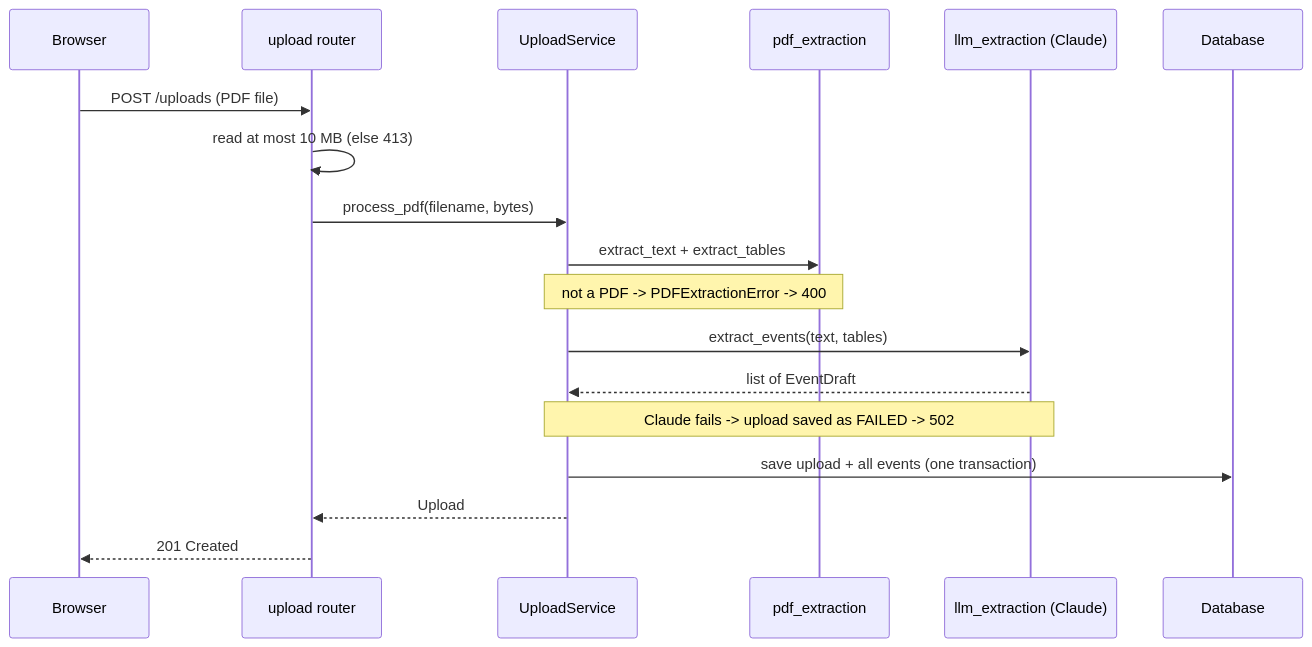
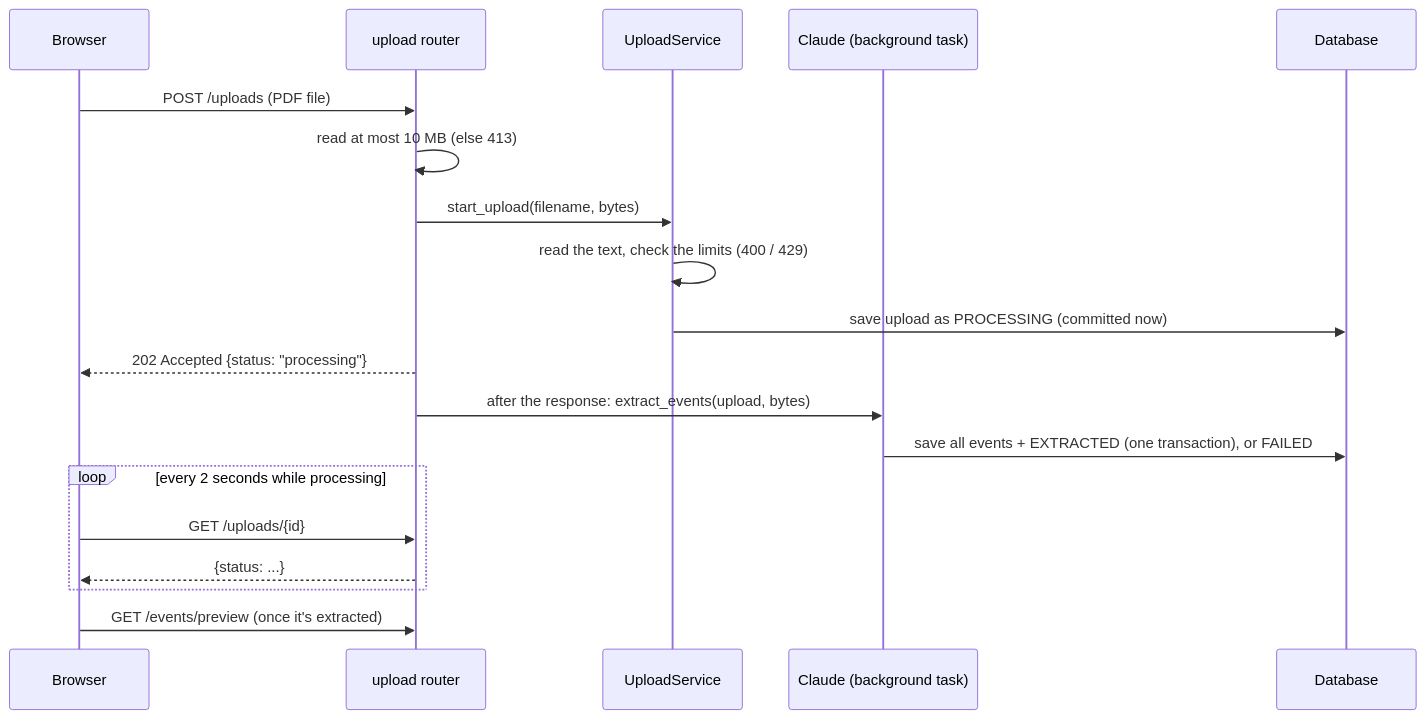
One commit to liam-shah/Syllabus2Cal changed the third of 7 diagrams in ARCHITECTURE.md. Above: the diagram before and after it, drawn with Mermaid. The commit also changed other lines of this file and 20 other files, not shown here.

Commit message:
Extract events in a background task and poll for the result. Parrallel upload bug patched. Cannot bypass dailyt limit anymore.

````diff
--- a/ARCHITECTURE.md
+++ b/ARCHITECTURE.md
@@ -204,20 +212,21 @@
 ```mermaid
 sequenceDiagram
     participant B as Browser
     participant R as upload router
     participant S as UploadService
-    participant P as pdf_extraction
-    participant C as llm_extraction (Claude)
+    participant C as Claude (background task)
     participant D as Database
     B->>R: POST /uploads (PDF file)
     R->>R: read at most 10 MB (else 413)
-    R->>S: process_pdf(filename, bytes)
-    S->>P: extract_text + extract_tables
-    Note over S,P: not a PDF -> PDFExtractionError -> 400
-    S->>C: extract_events(text, tables)
-    C-->>S: list of EventDraft
-    Note over S,C: Claude fails -> upload saved as FAILED -> 502
-    S->>D: save upload + all events (one transaction)
-    S-->>R: Upload
-    R-->>B: 201 Created
+    R->>S: start_upload(filename, bytes)
+    S->>S: read the text, check the limits (400 / 429)
+    S->>D: save upload as PROCESSING (committed now)
+    R-->>B: 202 Accepted {status: "processing"}
+    R->>C: after the response: extract_events(upload, bytes)
+    C->>D: save all events + EXTRACTED (one transaction), or FAILED
+    loop every 2 seconds while processing
+        B->>R: GET /uploads/{id}
+        R-->>B: {status: ...}
+    end
+    B->>R: GET /events/preview (once it's extracted)
 ```
````
